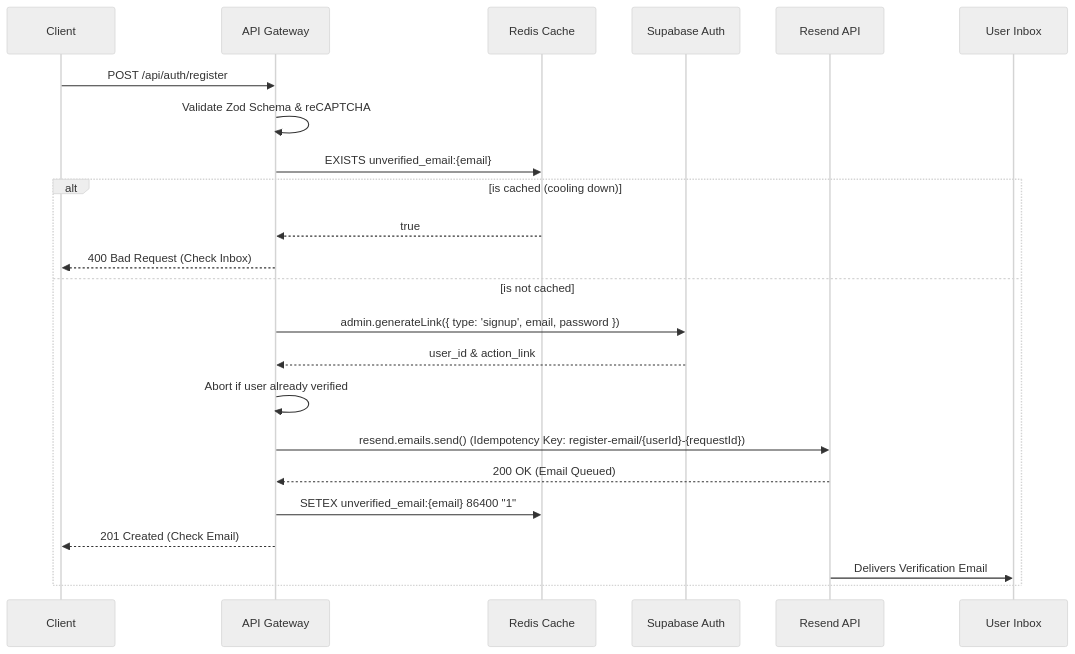
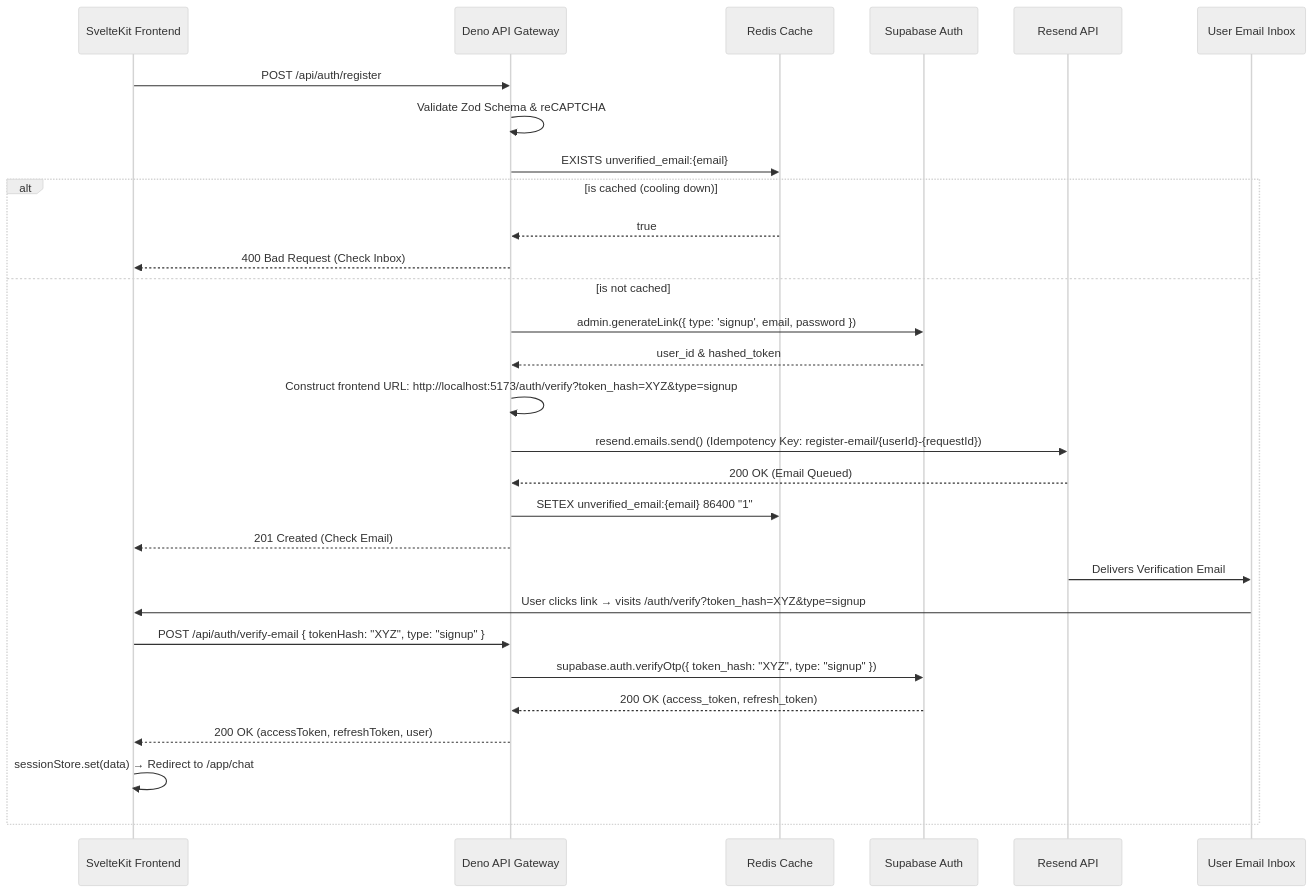
Before and after one commit to kanzhamada/Dokyudo: the diagram in docs/backend/auth-signup.md, drawn with Mermaid (neutral theme). The commit also changed other lines of this file and 40 other files, not shown here.

First line of the commit message:
Implement custom email verification flow

````diff
--- a/docs/backend/auth-signup.md
+++ b/docs/backend/auth-signup.md
@@ -21,32 +21,36 @@
 ```mermaid
 sequenceDiagram
-    participant Client
-    participant API Gateway
-    participant Redis Cache
-    participant Supabase Auth
-    participant Resend API
-    participant User Inbox
+    participant Client as SvelteKit Frontend
+    participant API as Deno API Gateway
+    participant Redis as Redis Cache
+    participant Supabase as Supabase Auth
+    participant Resend as Resend API
+    participant Inbox as User Email Inbox
 
-    Client->>API Gateway: POST /api/auth/register
-    
-    API Gateway->>API Gateway: Validate Zod Schema & reCAPTCHA
-    API Gateway->>Redis Cache: EXISTS unverified_email:{email}
+    Client->>API: POST /api/auth/register
+    API->>API: Validate Zod Schema & reCAPTCHA
+    API->>Redis: EXISTS unverified_email:{email}
     
     alt is cached (cooling down)
-        Redis Cache-->>API Gateway: true
-        API Gateway-->>Client: 400 Bad Request (Check Inbox)
+        Redis-->>API: true
+        API-->>Client: 400 Bad Request (Check Inbox)
     else is not cached
-        API Gateway->>Supabase Auth: admin.generateLink({ type: 'signup', email, password })
-        Supabase Auth-->>API Gateway: user_id & action_link
+        API->>Supabase: admin.generateLink({ type: 'signup', email, password })
+        Supabase-->>API: user_id & hashed_token
         
-        API Gateway->>API Gateway: Abort if user already verified
+        API->>API: Construct frontend URL: http://localhost:5173/auth/verify?token_hash=XYZ&type=signup
+        API->>Resend: resend.emails.send() (Idempotency Key: register-email/{userId}-{requestId})
+        Resend-->>API: 200 OK (Email Queued)
         
-        API Gateway->>Resend API: resend.emails.send() (Idempotency Key: register-email/{userId}-{requestId})
-        Resend API-->>API Gateway: 200 OK (Email Queued)
+        API->>Redis: SETEX unverified_email:{email} 86400 "1"
+        API-->>Client: 201 Created (Check Email)
         
-        API Gateway->>Redis Cache: SETEX unverified_email:{email} 86400 "1"
-        API Gateway-->>Client: 201 Created (Check Email)
-        
-        Resend API->>User Inbox: Delivers Verification Email
+        Resend->>Inbox: Delivers Verification Email
+        Inbox->>Client: User clicks link → visits /auth/verify?token_hash=XYZ&type=signup
+        Client->>API: POST /api/auth/verify-email { tokenHash: "XYZ", type: "signup" }
+        API->>Supabase: supabase.auth.verifyOtp({ token_hash: "XYZ", type: "signup" })
+        Supabase-->>API: 200 OK (access_token, refresh_token)
+        API-->>Client: 200 OK (accessToken, refreshToken, user)
+        Client->>Client: sessionStore.set(data) → Redirect to /app/chat
     end
 ```
````
